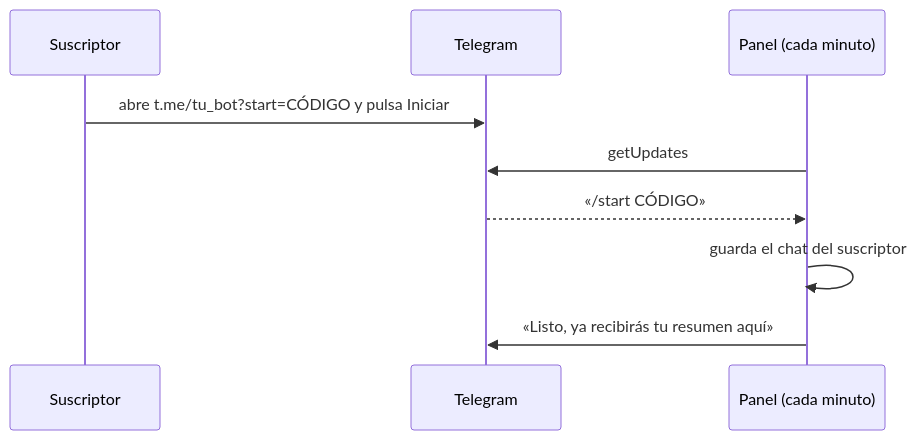
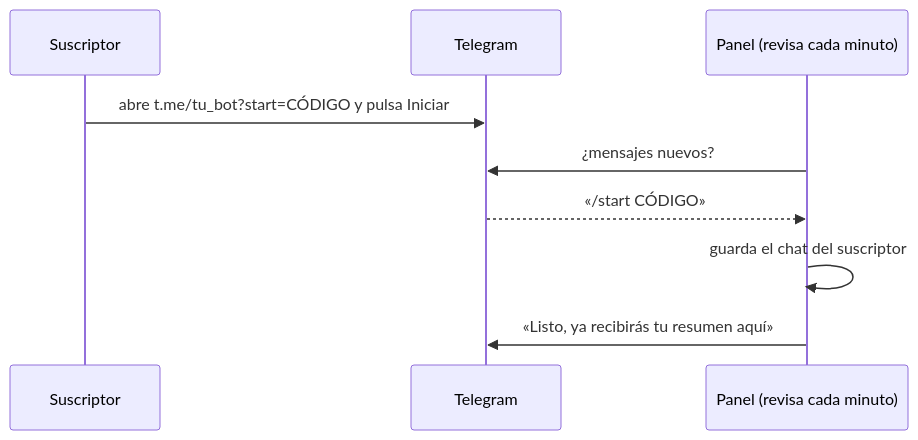
Before and after one commit to RedyDelgado/cotizador: the fourth of 4 diagrams in README.md, drawn with Mermaid. The commit also changed other lines of this file and 27 other files, not shown here.

````diff
--- a/README.md
+++ b/README.md
@@ -105,11 +173,11 @@
 ```mermaid
 sequenceDiagram
     participant S as Suscriptor
     participant TG as Telegram
-    participant P as Panel (cada minuto)
+    participant P as Panel (revisa cada minuto)
     S->>TG: abre t.me/tu_bot?start=CÓDIGO y pulsa Iniciar
-    P->>TG: getUpdates
+    P->>TG: ¿mensajes nuevos?
     TG-->>P: «/start CÓDIGO»
     P->>P: guarda el chat del suscriptor
     P->>TG: «Listo, ya recibirás tu resumen aquí»
 ```
````
